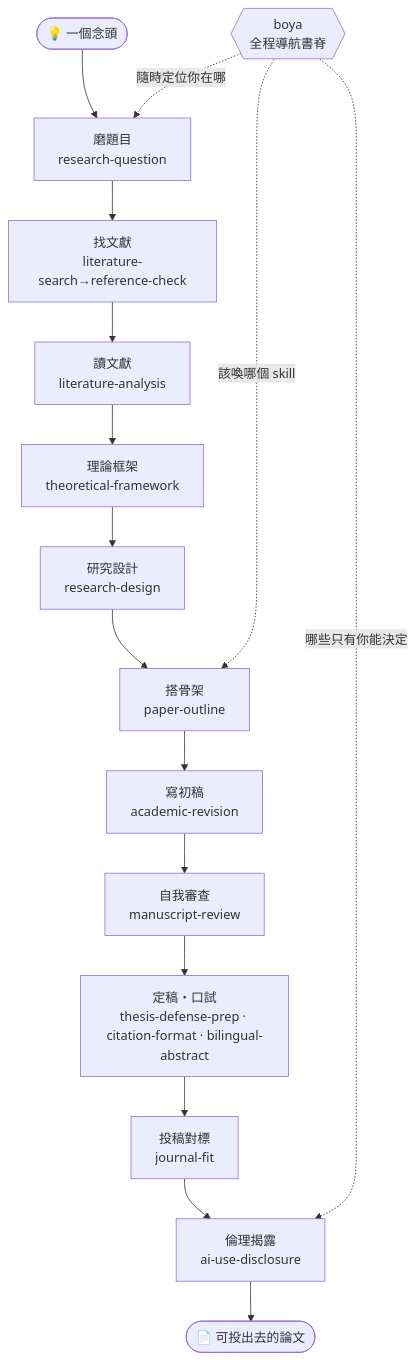
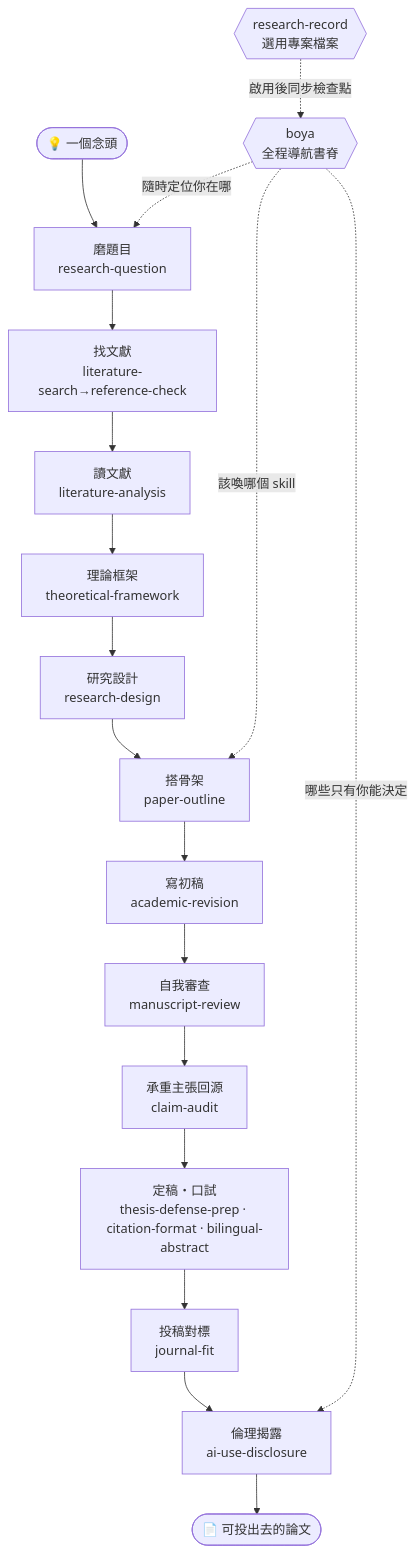
One commit to DylanChiang-Dev/BOYA changed the diagram in README.md. Above: the diagram before and after it, drawn with Mermaid. The commit also changed other lines of this file and 37 other files, not shown here.

````diff
--- a/README.md
+++ b/README.md
@@ -59,18 +59,20 @@
 ```mermaid
 flowchart TD
     Start([💡 一個念頭]) --> S1[磨題目<br/>research-question]
     S1 --> S2[找文獻<br/>literature-search→reference-check]
     S2 --> S3[讀文獻<br/>literature-analysis]
     S3 --> SF[理論框架<br/>theoretical-framework]
     SF --> S4[研究設計<br/>research-design]
     S4 --> S5[搭骨架<br/>paper-outline]
     S5 --> S6[寫初稿<br/>academic-revision]
     S6 --> S7[自我審查<br/>manuscript-review]
-    S7 --> S8[定稿・口試<br/>thesis-defense-prep · citation-format · bilingual-abstract]
+    S7 --> SC[承重主張回源<br/>claim-audit]
+    SC --> S8[定稿・口試<br/>thesis-defense-prep · citation-format · bilingual-abstract]
     S8 --> S9[投稿對標<br/>journal-fit]
     S9 --> S10[倫理揭露<br/>ai-use-disclosure]
     S10 --> End([📄 可投出去的論文])
     RM{{boya<br/>全程導航書脊}} -.隨時定位你在哪.-> S1
     RM -.該喚哪個 skill.-> S5
     RM -.哪些只有你能決定.-> S10
+    RR{{research-record<br/>選用專案檔案}} -.啟用後同步檢查點.-> RM
 ```
````
